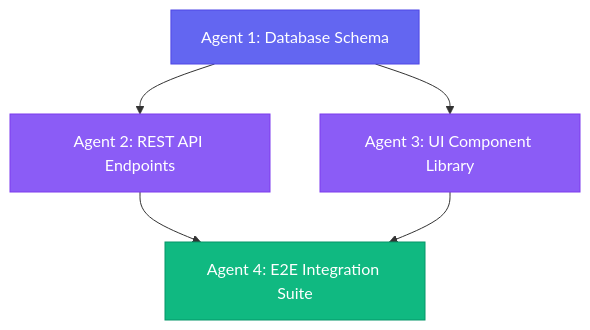
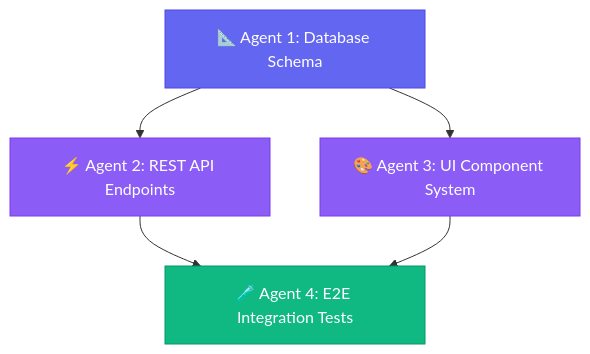
One commit to Hyperion-Workspace/Hyperion changed the diagram in README.md. Above: the diagram before and after it, drawn with Mermaid. The commit also changed other lines of this file, not shown here.

````diff
--- a/README.md
+++ b/README.md
@@ -159,12 +145,12 @@
 ```mermaid
 graph TD
-    A[Agent 1: Database Schema] --> B[Agent 2: REST API Endpoints]
-    A --> C[Agent 3: UI Component Library]
-    B --> D[Agent 4: E2E Integration Suite]
+    A["📐 Agent 1: Database Schema"] --> B["⚡ Agent 2: REST API Endpoints"]
+    A --> C["🎨 Agent 3: UI Component System"]
+    B --> D["🧪 Agent 4: E2E Integration Tests"]
     C --> D
     
     style A fill:#6366f1,stroke:#4f46e5,color:#fff
     style B fill:#8b5cf6,stroke:#7c3aed,color:#fff
     style C fill:#8b5cf6,stroke:#7c3aed,color:#fff
     style D fill:#10b981,stroke:#059669,color:#fff
 ```
````
